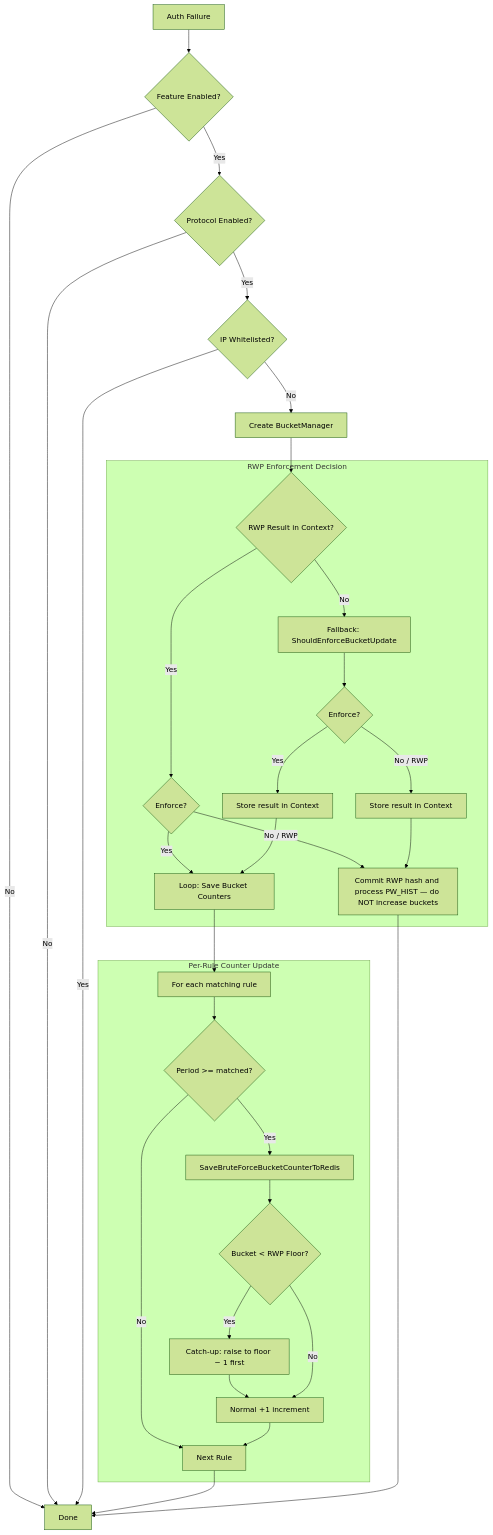
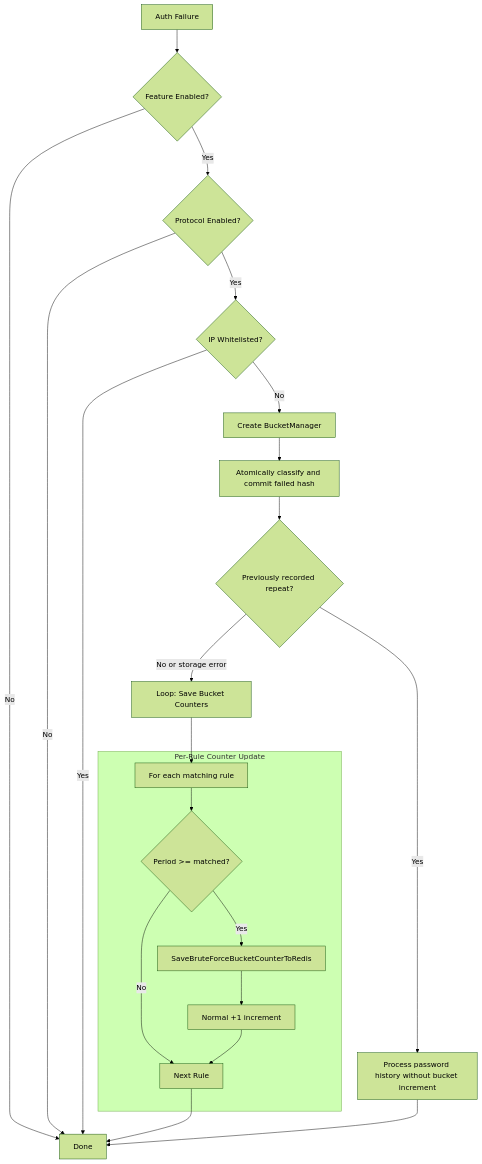
One commit to croessner/nauthilus changed the second of 3 diagrams in server/docs/bruteforce_protection.md. Above: the diagram before and after it, drawn with Mermaid (forest theme). The commit also changed other lines of this file and 12 other files, not shown here.

````diff
--- a/server/docs/bruteforce_protection.md
+++ b/server/docs/bruteforce_protection.md
@@ -85,40 +85,28 @@
 ```mermaid
 flowchart TD
     U_START[Auth Failure] --> U_FEAT{Feature Enabled?}
     U_FEAT -- No --> U_DONE[Done]
     U_FEAT -- Yes --> U_PROTO{Protocol Enabled?}
     U_PROTO -- No --> U_DONE
     U_PROTO -- Yes --> U_WL{IP Whitelisted?}
     U_WL -- Yes --> U_DONE
     U_WL -- No --> U_BM[Create BucketManager]
-    U_BM --> U_CTX{RWP Result in Context?}
-
-subgraph RWP_Decision [RWP Enforcement Decision]
-U_CTX -- Yes --> U_CTX_VAL{Enforce?}
-U_CTX_VAL -- No / RWP --> U_SKIP[Commit RWP hash and process PW_HIST — do NOT increase buckets]
-U_CTX_VAL -- Yes --> U_UPDATE
-U_CTX -- No --> U_FRESH[Fallback: ShouldEnforceBucketUpdate]
-U_FRESH --> U_FRESH_VAL{Enforce?}
-U_FRESH_VAL -- No / RWP --> U_CACHE_FALSE[Store result in Context]
-U_CACHE_FALSE --> U_SKIP
-U_FRESH_VAL -- Yes --> U_CACHE_TRUE[Store result in Context]
-U_CACHE_TRUE --> U_UPDATE
-end
+    U_BM --> U_COMMIT[Atomically classify and commit failed hash]
+    U_COMMIT --> U_REPEAT{Previously recorded repeat?}
+    U_REPEAT -- Yes --> U_SKIP[Process password history without bucket increment]
+    U_REPEAT -- No or storage error --> U_UPDATE
 
 U_UPDATE[Loop: Save Bucket Counters]
 U_UPDATE --> U_RULE_LOOP
 
 subgraph Bucket_Update [Per-Rule Counter Update]
 U_RULE_LOOP[For each matching rule] --> U_PERIOD{Period >= matched?}
 U_PERIOD -- Yes --> U_SAVE[SaveBruteForceBucketCounterToRedis]
 U_PERIOD -- No --> U_NEXT[Next Rule]
-U_SAVE --> U_FLOOR{Bucket < RWP Floor?}
-U_FLOOR -- Yes --> U_CATCHUP[Catch-up: raise to floor − 1 first]
-U_CATCHUP --> U_INC[Normal +1 increment]
-U_FLOOR -- No --> U_INC
+U_SAVE --> U_INC[Normal +1 increment]
 U_INC --> U_NEXT
 end
 
 U_NEXT --> U_DONE
 U_SKIP --> U_DONE
 ```
````
